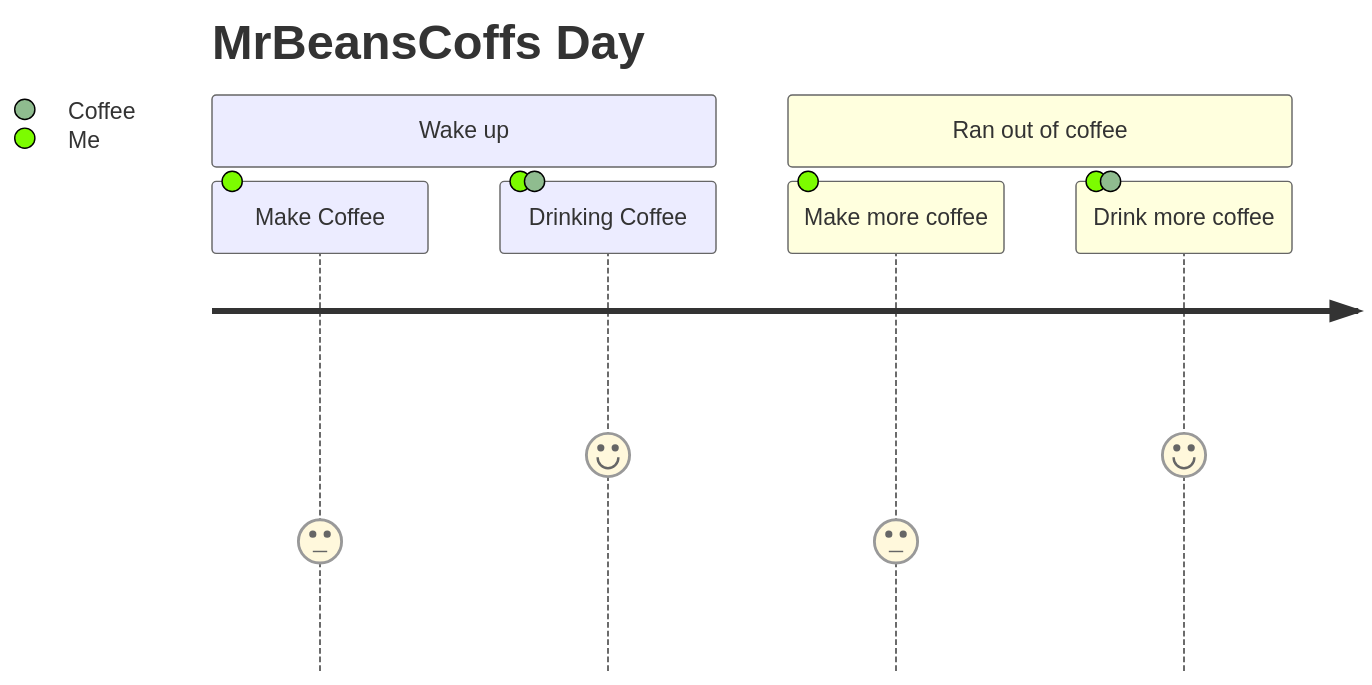
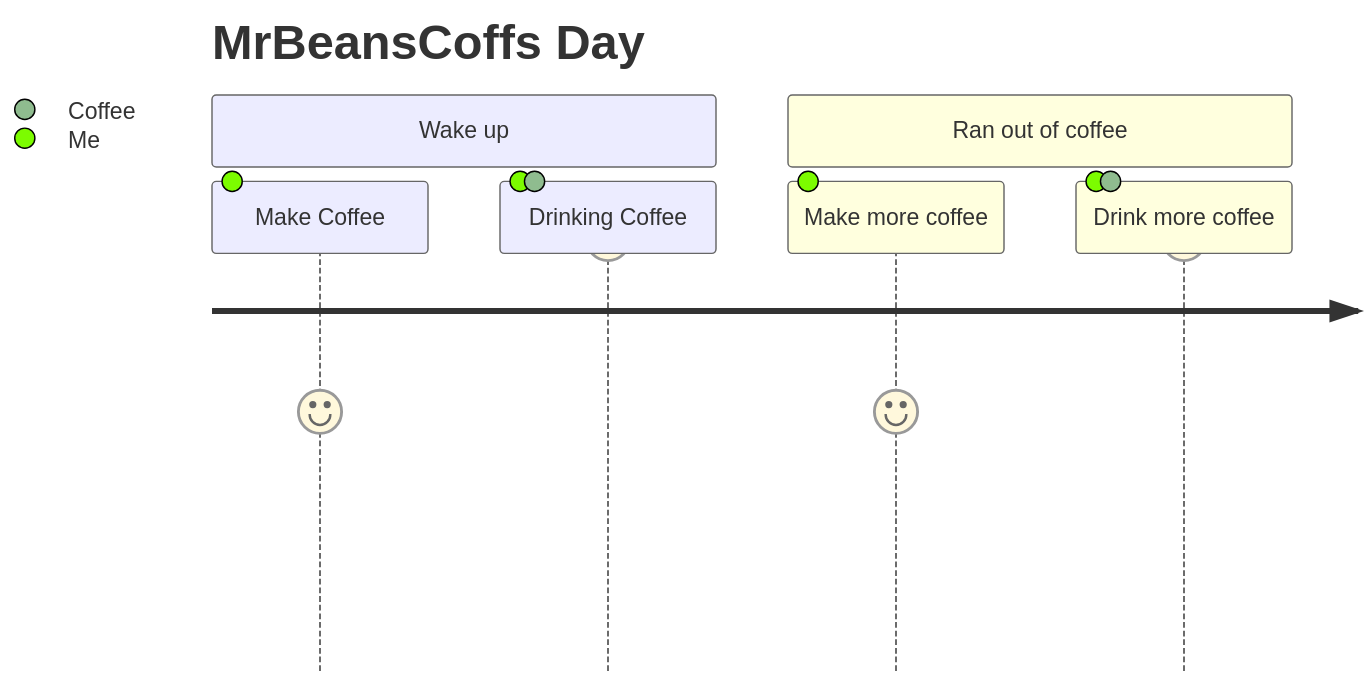
One commit to MrBeansCoff/MrBeansCoff changed the diagram in README.md. Above: the diagram before and after it, drawn with Mermaid.

````diff
--- a/README.md
+++ b/README.md
@@ -137,12 +137,12 @@
 ```mermaid
  journey
    title MrBeansCoffs Day
 
    section Wake up
-      Make Coffee: 3: Me
-      Drinking Coffee: 5: Me, Coffee
+      Make Coffee: 6: Me
+      Drinking Coffee: 10: Me, Coffee
 
    section Ran out of coffee
-   Make more coffee: 3: Me
-   Drink more coffee: 5: Me, Coffee
+   Make more coffee: 6: Me
+   Drink more coffee: 10: Me, Coffee
 ```
````
